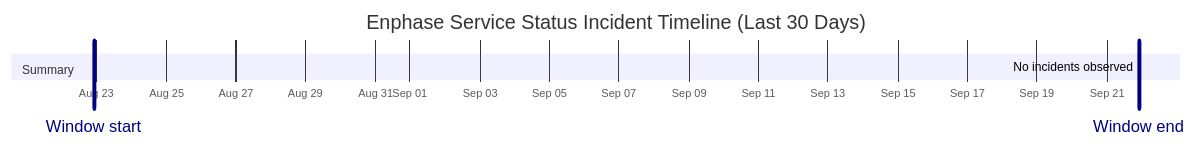
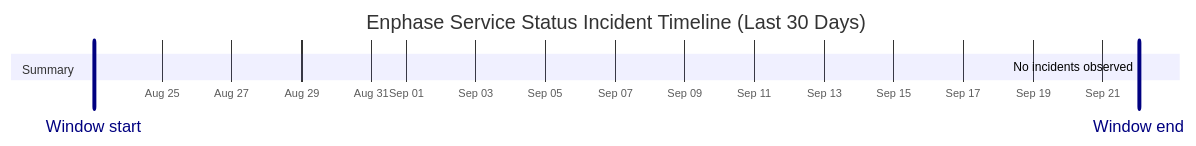
One commit to barneyonline/ha-enphase-energy changed the diagram in wiki/Service-Status-History.md. Above: the diagram before and after it, drawn with Mermaid. The commit also changed other lines of this file and 3 other files, not shown here.

````diff
--- a/wiki/Service-Status-History.md
+++ b/wiki/Service-Status-History.md
@@ -14,10 +14,10 @@
 ```mermaid
 gantt
     title Enphase Service Status Incident Timeline (Last 30 Days)
     dateFormat  YYYY-MM-DDTHH:mm:ss
     axisFormat  %b %d
-    Window start :vert, window-start, 2026-08-22T22:06:24, 0ms
-    Window end :vert, window-end, 2026-09-21T22:06:24, 0ms
+    Window start :vert, window-start, 2026-08-23T01:00:09, 0ms
+    Window end :vert, window-end, 2026-09-22T01:00:09, 0ms
     section Summary
-    No incidents observed :done, 2026-09-21T22:06:24, 1m
+    No incidents observed :done, 2026-09-22T01:00:09, 1m
 ```
````
